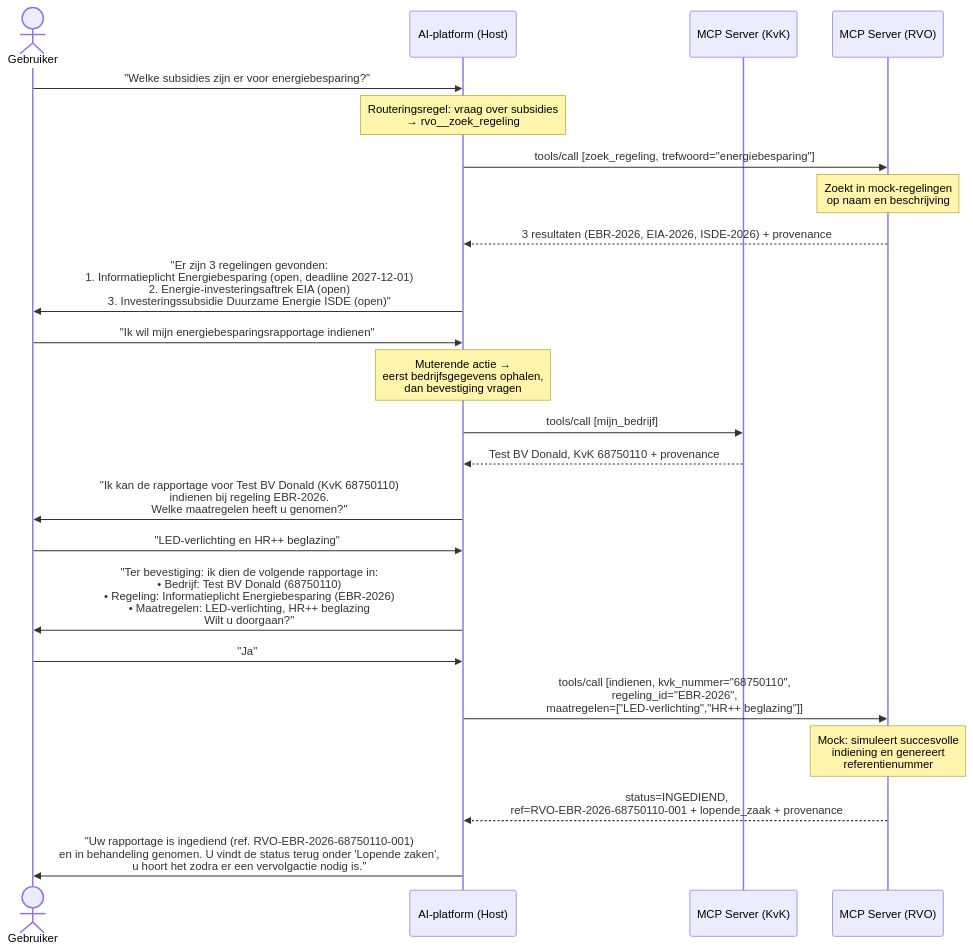
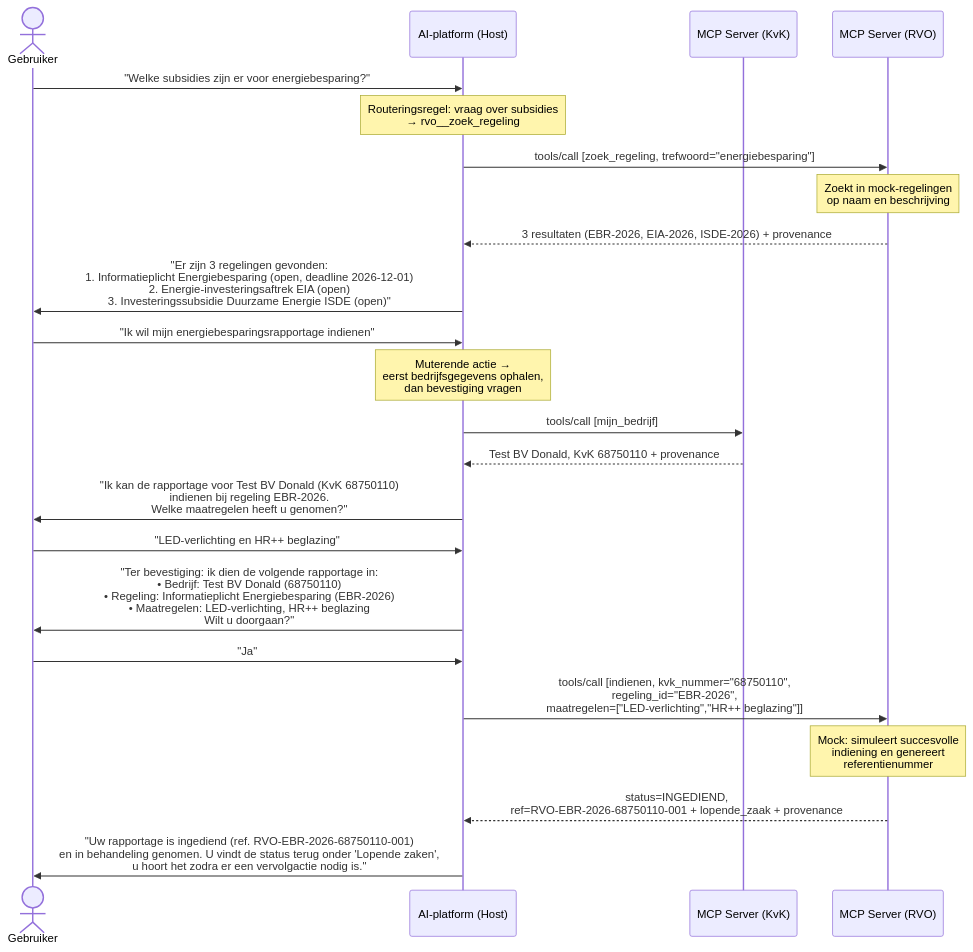
The fifth of 6 diagrams in docs/architecture.md (MinBZK/moza-poc-digitale-assistent), drawn with Mermaid before and after one commit. The commit also changed 2 other files, not shown here.

Commit message:
fix(rvo): rapportagedeadline in de RVO-mock op 1 december 2026
De RVO-bron (MCP-server en CLI-wrapper) noemt bij de informatieplicht een
deadline van 2027-12-01. Voor het gebruikersonderzoek staat de wetsconstante
in poc-machine-law op 2026-12-01 (PR MinBZK/poc-machine-law#512); de mock
moet dezelfde datum geven, anders ziet de ondernemer twee deadlines.

````diff
--- a/docs/architecture.md
+++ b/docs/architecture.md
@@ -217,29 +217,29 @@
 ```mermaid
 sequenceDiagram
     actor Gebruiker
     participant Host as AI-platform (Host)
     participant KvK as MCP Server (KvK)
     participant RVO as MCP Server (RVO)
 
     Gebruiker->>Host: "Welke subsidies zijn er voor energiebesparing?"
     Note over Host: Routeringsregel: vraag over subsidies<br/>→ rvo__zoek_regeling
     Host->>RVO: tools/call [zoek_regeling, trefwoord="energiebesparing"]
     Note over RVO: Zoekt in mock-regelingen<br/>op naam en beschrijving
     RVO-->>Host: 3 resultaten (EBR-2026, EIA-2026, ISDE-2026) + provenance
-    Host->>Gebruiker: "Er zijn 3 regelingen gevonden:<br/>1. Informatieplicht Energiebesparing (open, deadline 2027-12-01)<br/>2. Energie-investeringsaftrek EIA (open)<br/>3. Investeringssubsidie Duurzame Energie ISDE (open)"
+    Host->>Gebruiker: "Er zijn 3 regelingen gevonden:<br/>1. Informatieplicht Energiebesparing (open, deadline 2026-12-01)<br/>2. Energie-investeringsaftrek EIA (open)<br/>3. Investeringssubsidie Duurzame Energie ISDE (open)"
 
     Gebruiker->>Host: "Ik wil mijn energiebesparingsrapportage indienen"
     Note over Host: Muterende actie →<br/>eerst bedrijfsgegevens ophalen,<br/>dan bevestiging vragen
     Host->>KvK: tools/call [mijn_bedrijf]
     KvK-->>Host: Test BV Donald, KvK 68750110 + provenance
     Host->>Gebruiker: "Ik kan de rapportage voor Test BV Donald (KvK 68750110)<br/>indienen bij regeling EBR-2026.<br/>Welke maatregelen heeft u genomen?"
 
     Gebruiker->>Host: "LED-verlichting en HR++ beglazing"
     Host->>Gebruiker: "Ter bevestiging: ik dien de volgende rapportage in:<br/>• Bedrijf: Test BV Donald (68750110)<br/>• Regeling: Informatieplicht Energiebesparing (EBR-2026)<br/>• Maatregelen: LED-verlichting, HR++ beglazing<br/>Wilt u doorgaan?"
 
     Gebruiker->>Host: "Ja"
     Host->>RVO: tools/call [indienen, kvk_nummer="68750110",<br/>regeling_id="EBR-2026",<br/>maatregelen=["LED-verlichting","HR++ beglazing"]]
     Note over RVO: Mock: simuleert succesvolle<br/>indiening en genereert<br/>referentienummer
     RVO-->>Host: status=INGEDIEND,<br/>ref=RVO-EBR-2026-68750110-001 + lopende_zaak + provenance
     Host->>Gebruiker: "Uw rapportage is ingediend (ref. RVO-EBR-2026-68750110-001)<br/>en in behandeling genomen. U vindt de status terug onder 'Lopende zaken',<br/>u hoort het zodra er een vervolgactie nodig is."
 ```
````
